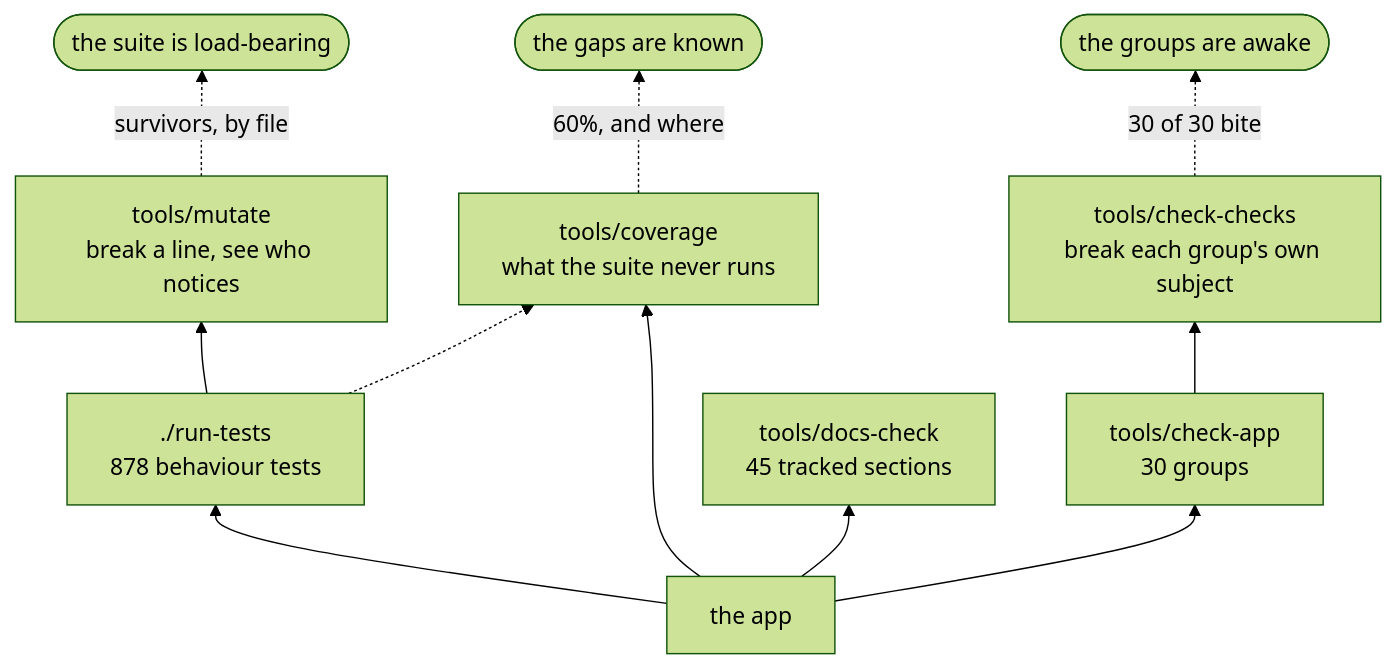
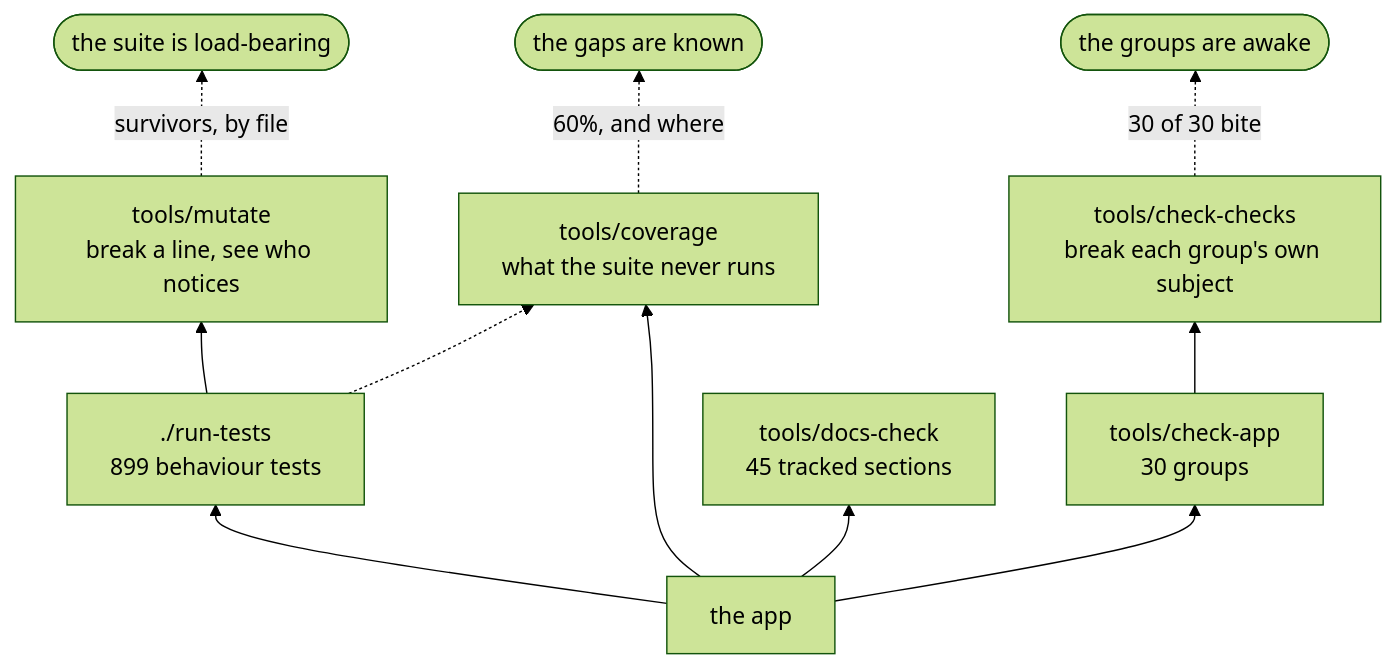
The second of 3 diagrams in docs/DEVELOPING.md (minormending/crystal-pilot-mobile), drawn with Mermaid (forest theme) before and after one commit. The commit also changed other lines of this file and 1 other file, not shown here.

First line of the commit message:
tools/clock: the same edit, outside the app

````diff
--- a/docs/DEVELOPING.md
+++ b/docs/DEVELOPING.md
@@ -128,13 +128,13 @@
 ```mermaid
 flowchart BT
-    C["the app"] --> T["./run-tests<br/>878 behaviour tests"]
+    C["the app"] --> T["./run-tests<br/>899 behaviour tests"]
     C --> A["tools/check-app<br/>30 groups"]
     C --> D["tools/docs-check<br/>45 tracked sections"]
     C --> V["tools/coverage<br/>what the suite never runs"]
     T --> M["tools/mutate<br/>break a line, see who notices"]
     A --> K["tools/check-checks<br/>break each group's own subject"]
     T -.-> V
     M -.->|"survivors, by file"| R(["the suite is load-bearing"])
     K -.->|"30 of 30 bite"| R2(["the groups are awake"])
     V -.->|"60%, and where"| R3(["the gaps are known"])
 ```
````
